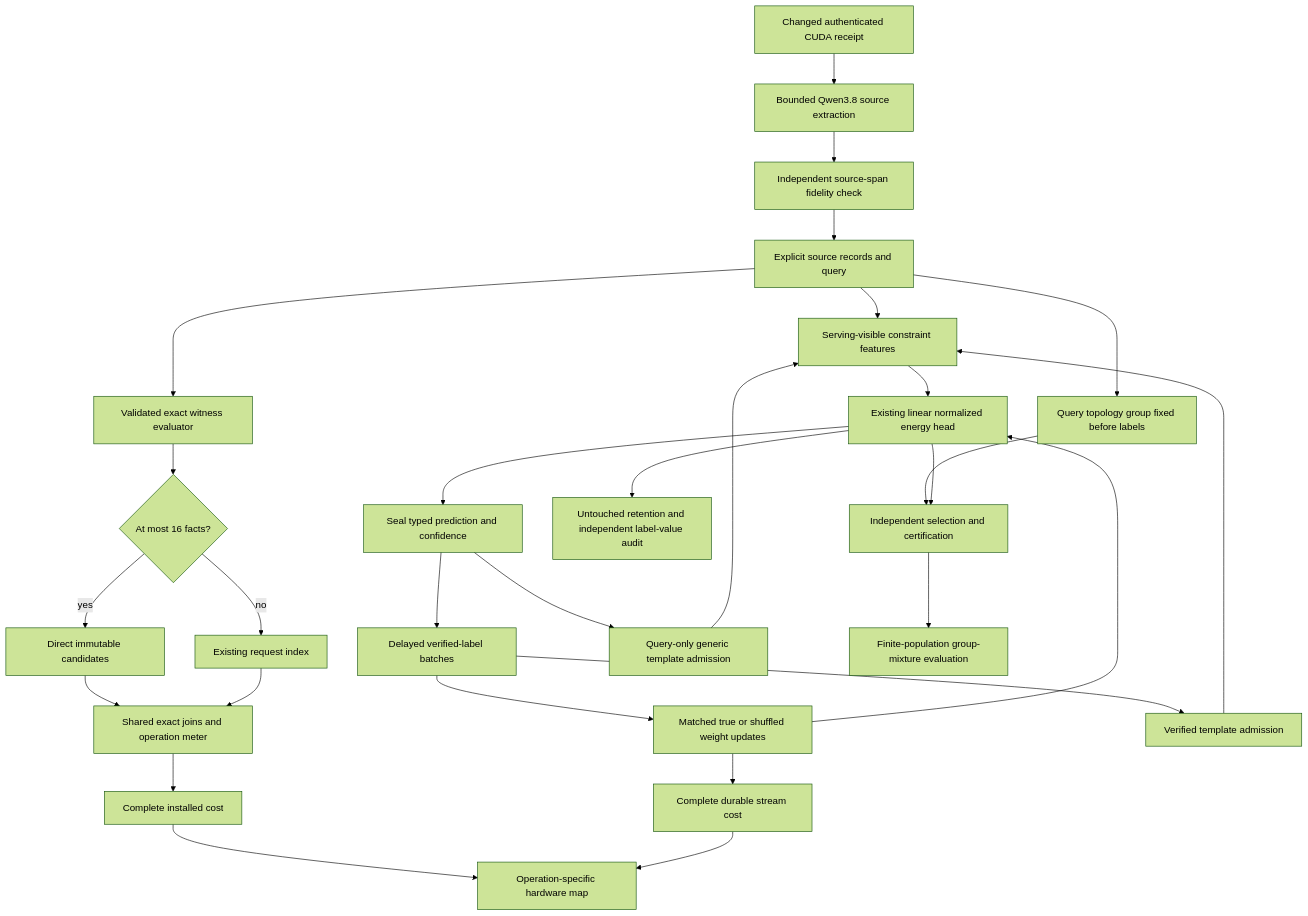
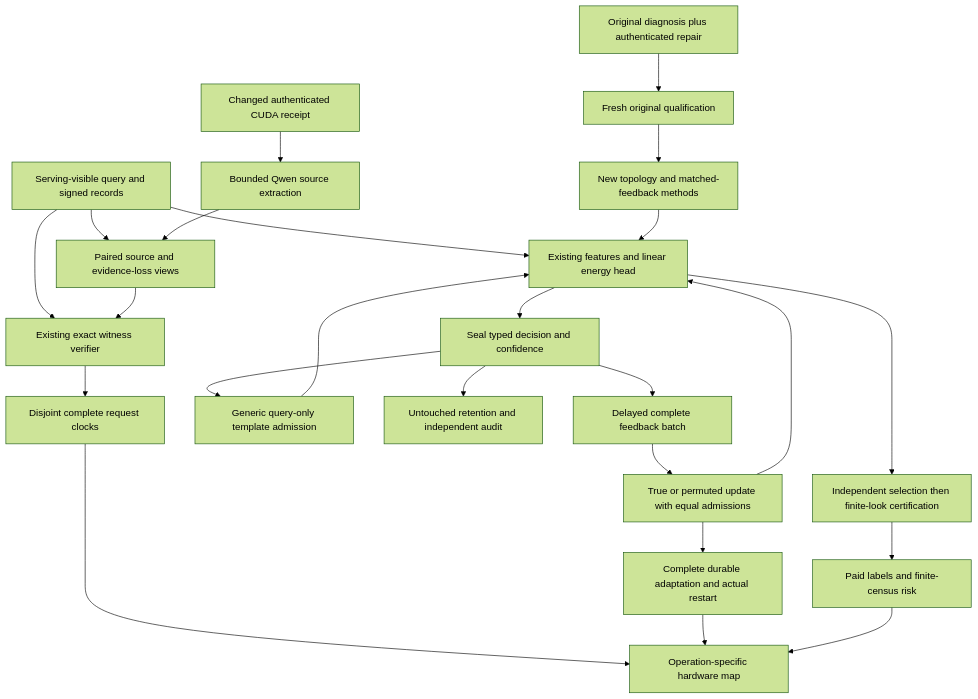
The first of 2 diagrams in openspec/change-proposals/research-roadmap-vNEXT.md (Carnot-EBM/carnot-ebm), drawn with Mermaid (forest theme) before and after one commit. The commit also changed other lines of this file and 20 other files, not shown here.

````diff
--- a/openspec/change-proposals/research-roadmap-vNEXT.md
+++ b/openspec/change-proposals/research-roadmap-vNEXT.md
@@ -77,31 +75,26 @@
 ```mermaid
 flowchart TD
-    S[Explicit source records and query] --> V[Validated exact witness evaluator]
-    V --> Q{At most 16 facts?}
-    Q -->|yes| D[Direct immutable candidates]
-    Q -->|no| I[Existing request index]
-    D --> E[Shared exact joins and operation meter]
-    I --> E
-    S --> G[Query topology group fixed before labels]
-    S --> F[Serving-visible constraint features]
-    F --> H[Existing linear normalized energy head]
-    H --> P[Seal typed prediction and confidence]
-    P --> R[Delayed verified-label batches]
-    R --> U[Matched true or shuffled weight updates]
-    P --> A[Query-only generic template admission]
-    R --> B[Verified template admission]
+    R[Original diagnosis plus authenticated repair] --> Q[Fresh original qualification]
+    Q --> M[New topology and matched-feedback methods]
+    X[Serving-visible query and signed records] --> F[Existing features and linear energy head]
+    M --> F
+    F --> P[Seal typed decision and confidence]
+    P --> D[Delayed complete feedback batch]
+    D --> T[True or permuted update with equal admissions]
+    P --> A[Generic query-only template admission]
     A --> F
-    B --> F
-    U --> H
-    H --> T[Untouched retention and independent label-value audit]
-    G --> C[Independent selection and certification]
-    H --> C
-    C --> M[Finite-population group-mixture evaluation]
-    E --> K[Complete installed cost]
-    U --> L[Complete durable stream cost]
-    K --> O[Operation-specific hardware map]
-    L --> O
-    X[Changed authenticated CUDA receipt] --> Y[Bounded Qwen3.8 source extraction]
-    Y --> Z[Independent source-span fidelity check]
-    Z --> S
+    T --> F
+    P --> U[Untouched retention and independent audit]
+    X --> V[Existing exact witness verifier]
+    V --> C[Disjoint complete request clocks]
+    F --> S[Independent selection then finite-look certification]
+    S --> L[Paid labels and finite-census risk]
+    X --> E[Paired source and evidence-loss views]
+    E --> V
+    T --> K[Complete durable adaptation and actual restart]
+    C --> H[Operation-specific hardware map]
+    K --> H
+    L --> H
+    G[Changed authenticated CUDA receipt] --> B[Bounded Qwen source extraction]
+    B --> E
 ```
````
